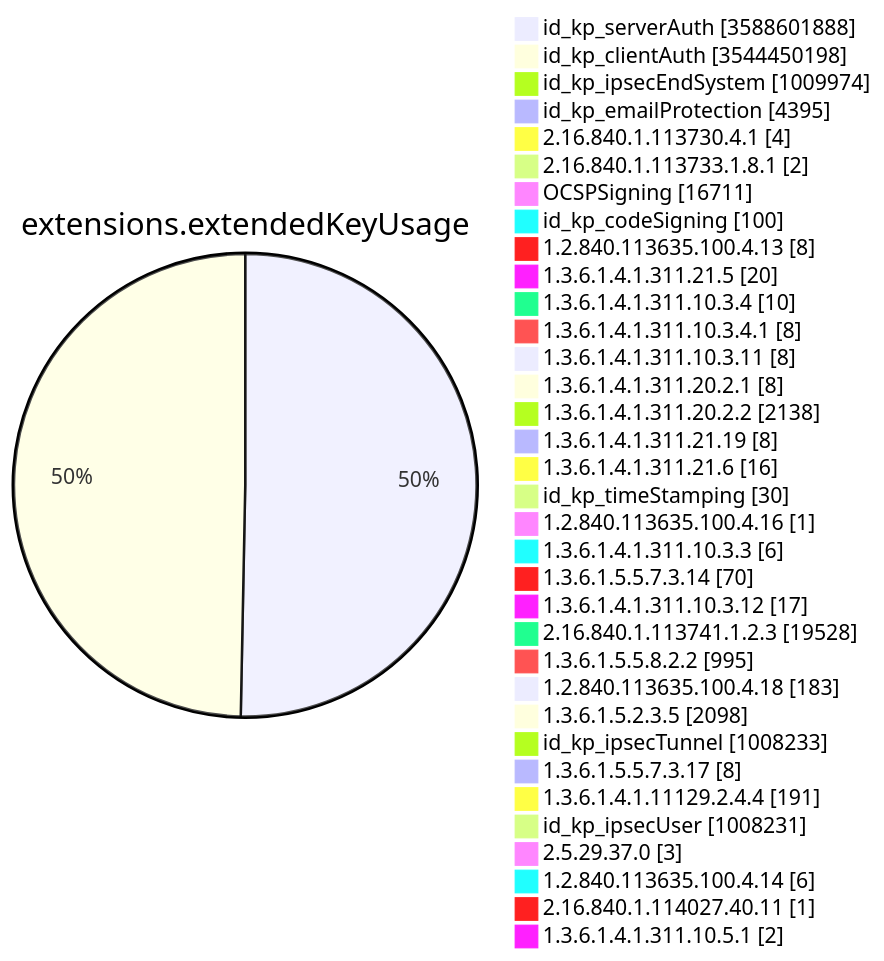
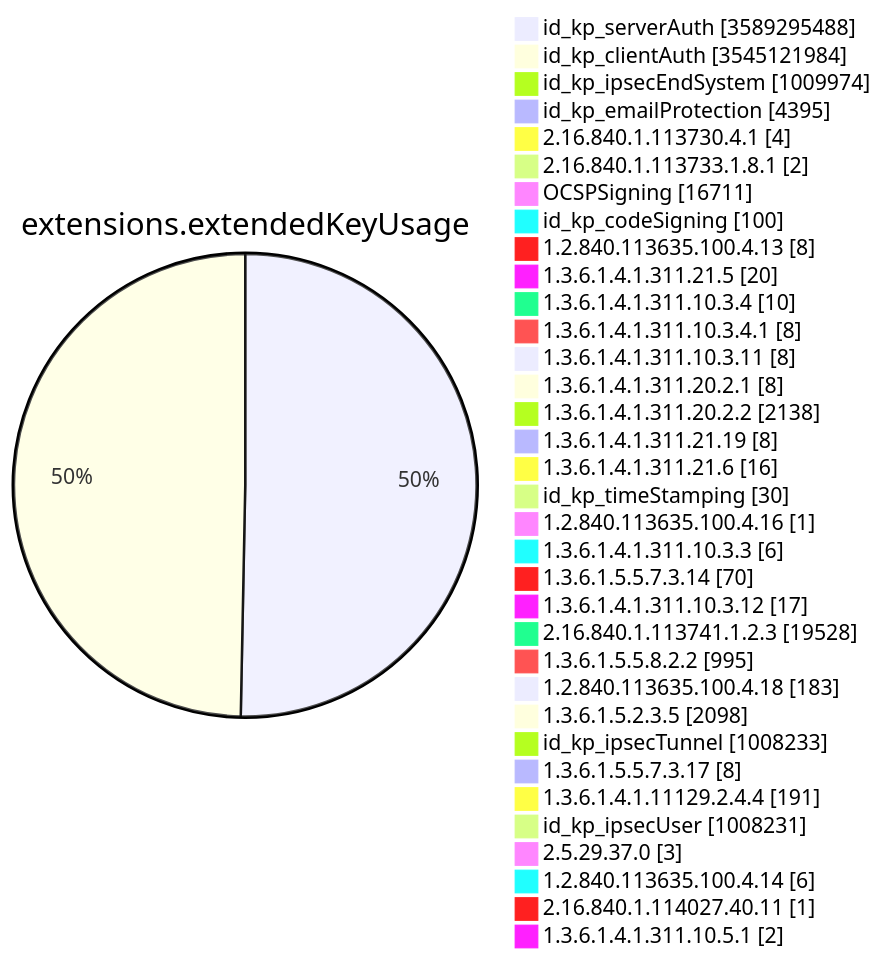
One commit to christiankrug/ctmonitor_visualization changed diagram 11 of 15 in TOTAL/README.md. Above: the diagram before and after it, drawn with Mermaid. The commit also changed other lines of this file, not shown here.

````diff
--- a/TOTAL/README.md
+++ b/TOTAL/README.md
@@ -4128,38 +4128,38 @@
 ```mermaid
 pie showData
 title extensions.extendedKeyUsage
-"id_kp_serverAuth" :3588601888
-"id_kp_clientAuth" :3544450198
+"id_kp_serverAuth" :3589295488
+"id_kp_clientAuth" :3545121984
 "id_kp_ipsecEndSystem" :1009974
 "id_kp_emailProtection" :4395
 "2.16.840.1.113730.4.1" :4
 "2.16.840.1.113733.1.8.1" :2
 "OCSPSigning" :16711
 "id_kp_codeSigning" :100
 "1.2.840.113635.100.4.13" :8
 "1.3.6.1.4.1.311.21.5" :20
 "1.3.6.1.4.1.311.10.3.4" :10
 "1.3.6.1.4.1.311.10.3.4.1" :8
 "1.3.6.1.4.1.311.10.3.11" :8
 "1.3.6.1.4.1.311.20.2.1" :8
 "1.3.6.1.4.1.311.20.2.2" :2138
 "1.3.6.1.4.1.311.21.19" :8
 "1.3.6.1.4.1.311.21.6" :16
 "id_kp_timeStamping" :30
 "1.2.840.113635.100.4.16" :1
 "1.3.6.1.4.1.311.10.3.3" :6
 "1.3.6.1.5.5.7.3.14" :70
 "1.3.6.1.4.1.311.10.3.12" :17
 "2.16.840.1.113741.1.2.3" :19528
 "1.3.6.1.5.5.8.2.2" :995
 "1.2.840.113635.100.4.18" :183
 "1.3.6.1.5.2.3.5" :2098
 "id_kp_ipsecTunnel" :1008233
 "1.3.6.1.5.5.7.3.17" :8
 "1.3.6.1.4.1.11129.2.4.4" :191
 "id_kp_ipsecUser" :1008231
 "2.5.29.37.0" :3
 "1.2.840.113635.100.4.14" :6
 "2.16.840.1.114027.40.11" :1
 "1.3.6.1.4.1.311.10.5.1" :2
 ```
````
